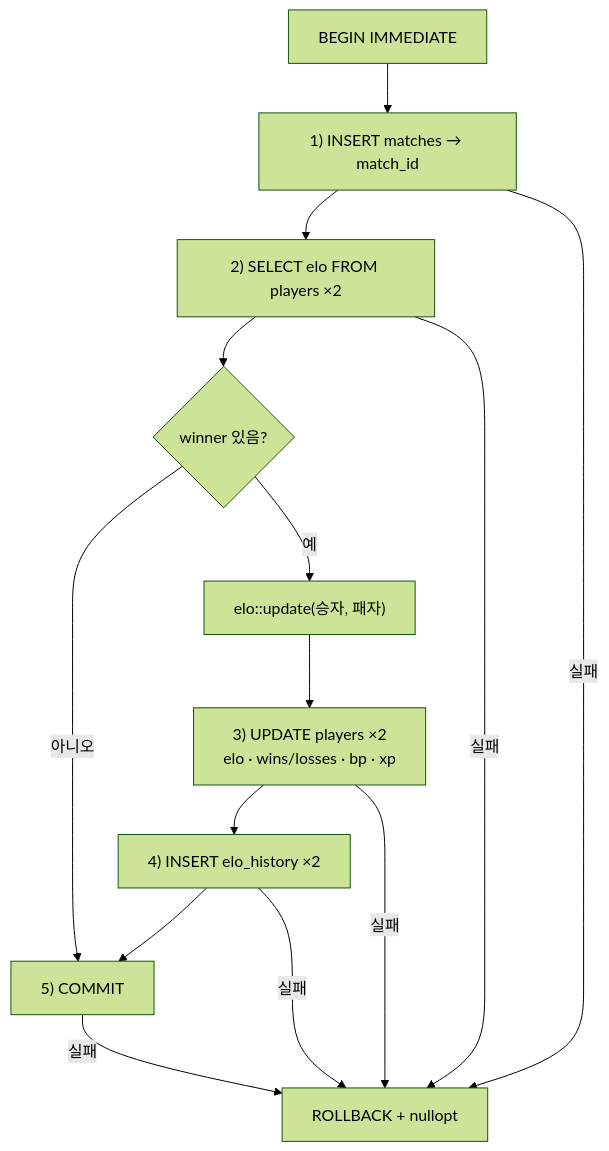
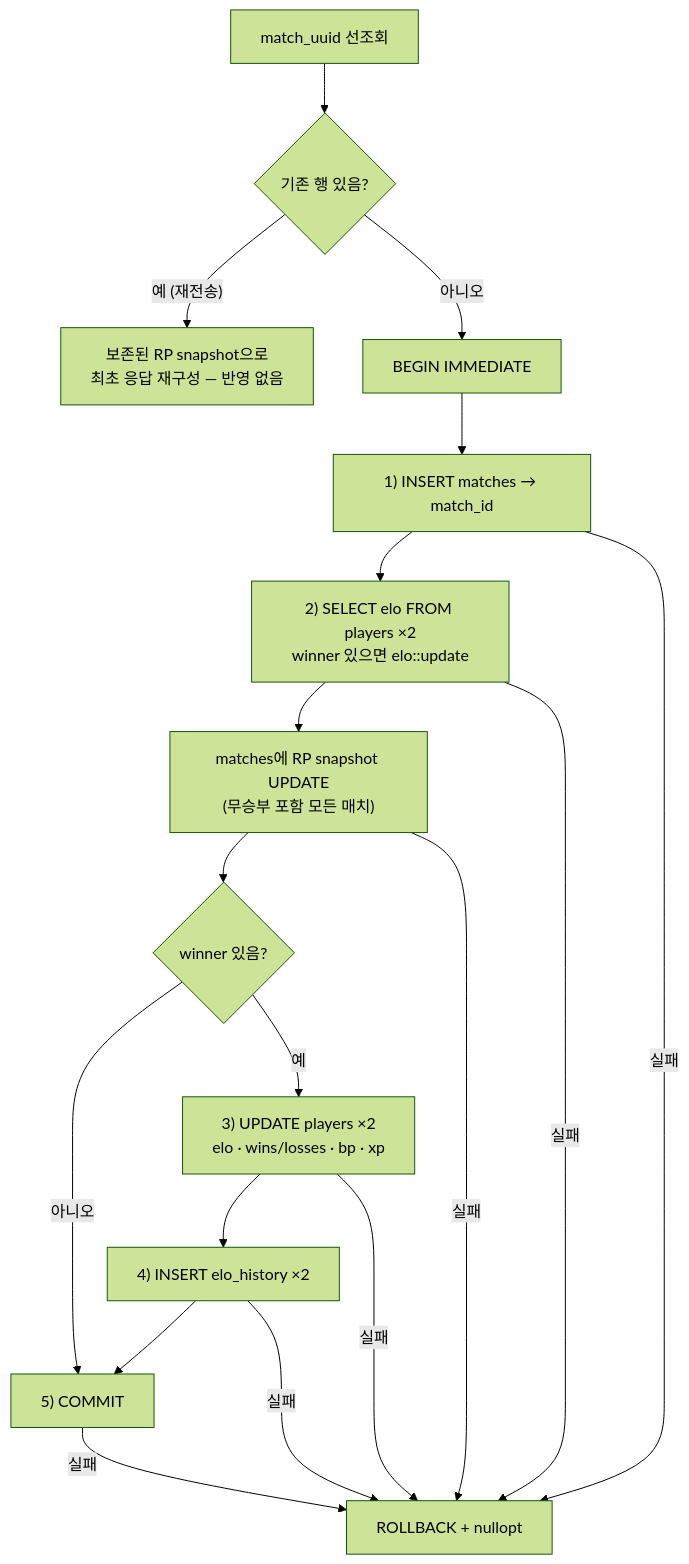
One commit to Rein-ArXiv/Tetris-Multiplayer-RL changed the third of 6 diagrams in docs/blog/part10-meta-and-ranking.md. Above: the diagram before and after it, drawn with Mermaid (forest theme). The commit also changed other lines of this file and 28 other files, not shown here.

````diff
--- a/docs/blog/part10-meta-and-ranking.md
+++ b/docs/blog/part10-meta-and-ranking.md
@@ -921,16 +956,20 @@
 ```mermaid
 flowchart TD
-    A["BEGIN IMMEDIATE"] --> B["1) INSERT matches → match_id"]
-    B --> C["2) SELECT elo FROM players ×2"]
-    C --> D{"winner 있음?"}
+    U["match_uuid 선조회"] --> UX{"기존 행 있음?"}
+    UX -- "예 (재전송)" --> S["보존된 RP snapshot으로<br/>최초 응답 재구성 — 반영 없음"]
+    UX -- 아니오 --> A["BEGIN IMMEDIATE"]
+    A --> B["1) INSERT matches → match_id"]
+    B --> C["2) SELECT elo FROM players ×2<br/>winner 있으면 elo::update"]
+    C --> C2["matches에 RP snapshot UPDATE<br/>(무승부 포함 모든 매치)"]
+    C2 --> D{"winner 있음?"}
     D -- 아니오 --> H["5) COMMIT"]
-    D -- 예 --> E["elo::update(승자, 패자)"]
-    E --> F["3) UPDATE players ×2<br/>elo · wins/losses · bp · xp"]
+    D -- 예 --> F["3) UPDATE players ×2<br/>elo · wins/losses · bp · xp"]
     F --> G["4) INSERT elo_history ×2"]
     G --> H
     B -- 실패 --> R["ROLLBACK + nullopt"]
     C -- 실패 --> R
+    C2 -- 실패 --> R
     F -- 실패 --> R
     G -- 실패 --> R
     H -- 실패 --> R
 ```
````
